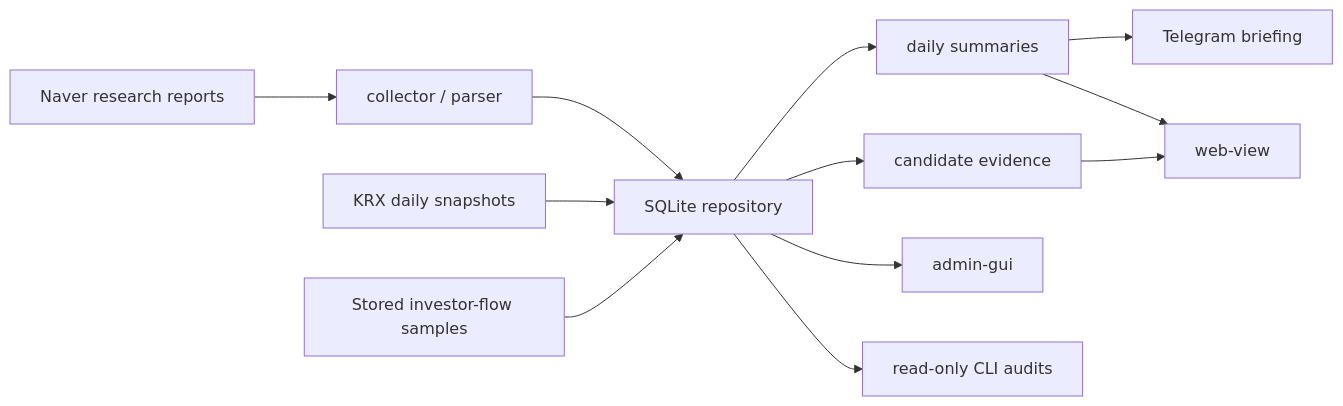
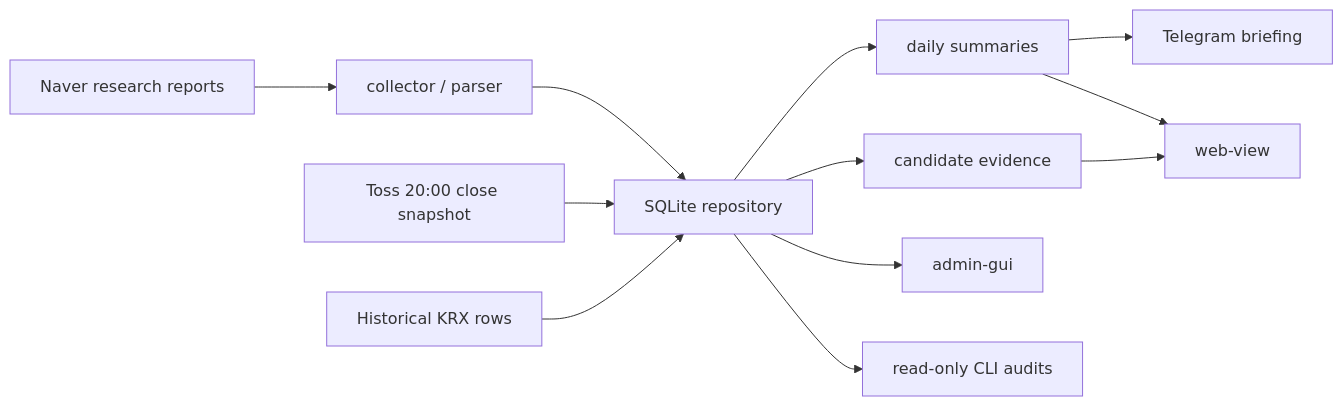
The diagram in README.md (Sync22/KR_Report), drawn with Mermaid before and after one commit. The commit also changed other lines of this file and 12 other files, not shown here.

````diff
--- a/README.md
+++ b/README.md
@@ -46,14 +45,14 @@
 ```mermaid
 flowchart LR
     A["Naver research reports"] --> B["collector / parser"]
     B --> C["SQLite repository"]
-    D["KRX daily snapshots"] --> C
-    E["Stored investor-flow samples"] --> C
+    D["Toss 20:00 close snapshot"] --> C
+    E["Historical KRX rows"] --> C
     C --> F["daily summaries"]
     C --> G["candidate evidence"]
     F --> H["Telegram briefing"]
     F --> I["web-view"]
     G --> I
     C --> J["admin-gui"]
     C --> K["read-only CLI audits"]
 ```
````
